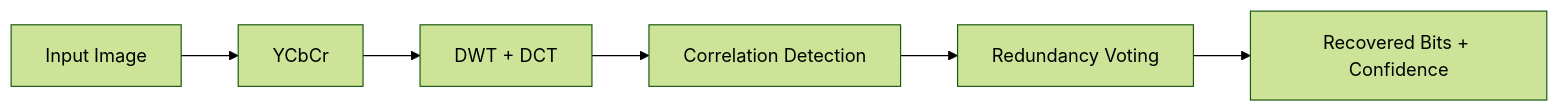
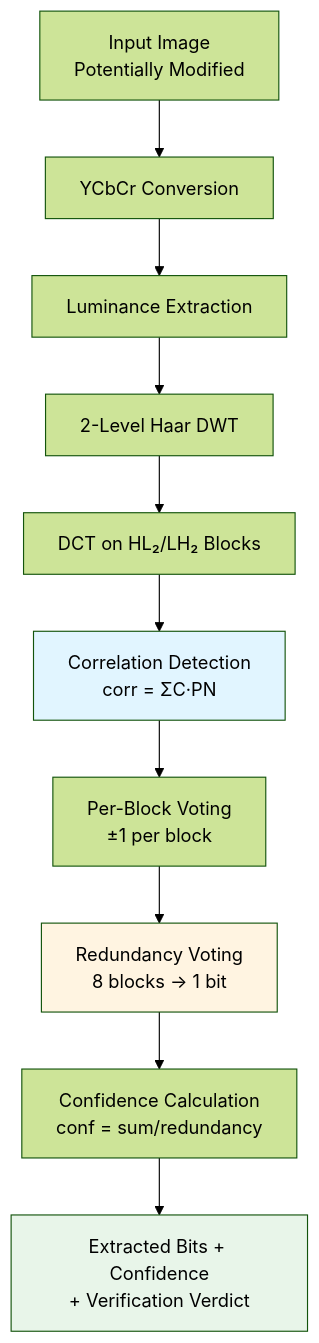
Before and after one commit to Stamp-ed/resilient-watermarking-pipeline: the third of 4 diagrams in README.md, drawn with Mermaid (forest theme). The commit also changed other lines of this file, not shown here.

````diff
--- a/README.md
+++ b/README.md
@@ -88,8 +137,19 @@
 ```mermaid
-graph LR
-    A[Input Image] --> B[YCbCr]
-    B --> C[DWT + DCT]
-    C --> D[Correlation Detection]
-    D --> E[Redundancy Voting]
-    E --> F[Recovered Bits + Confidence]
+flowchart TD
+    A[Input Image<br/>Potentially Modified]
+    B[YCbCr Conversion]
+    C[Luminance Extraction]
+    D[2-Level Haar DWT]
+    E[DCT on HL₂/LH₂ Blocks]
+    F[Correlation Detection<br/>corr = ΣC·PN]
+    G[Per-Block Voting<br/>±1 per block]
+    H[Redundancy Voting<br/>8 blocks → 1 bit]
+    I[Confidence Calculation<br/>conf = sum/redundancy]
+    J[Extracted Bits + Confidence<br/>+ Verification Verdict]
+
+    A --> B --> C --> D --> E --> F --> G --> H --> I --> J
+    
+    style F fill:#e1f5ff
+    style H fill:#fff4e1
+    style J fill:#e8f5e9
 ```
````
